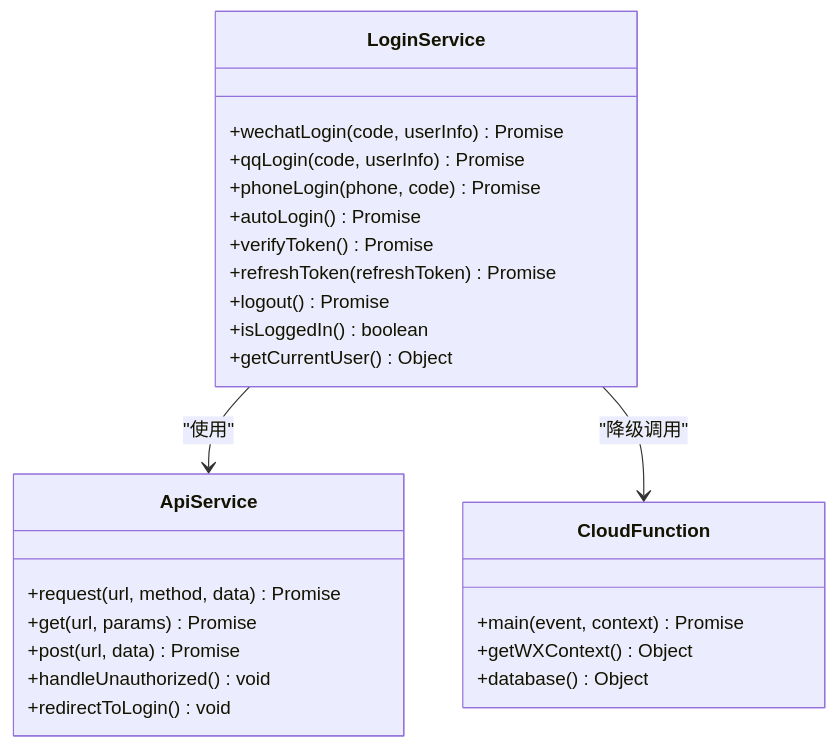
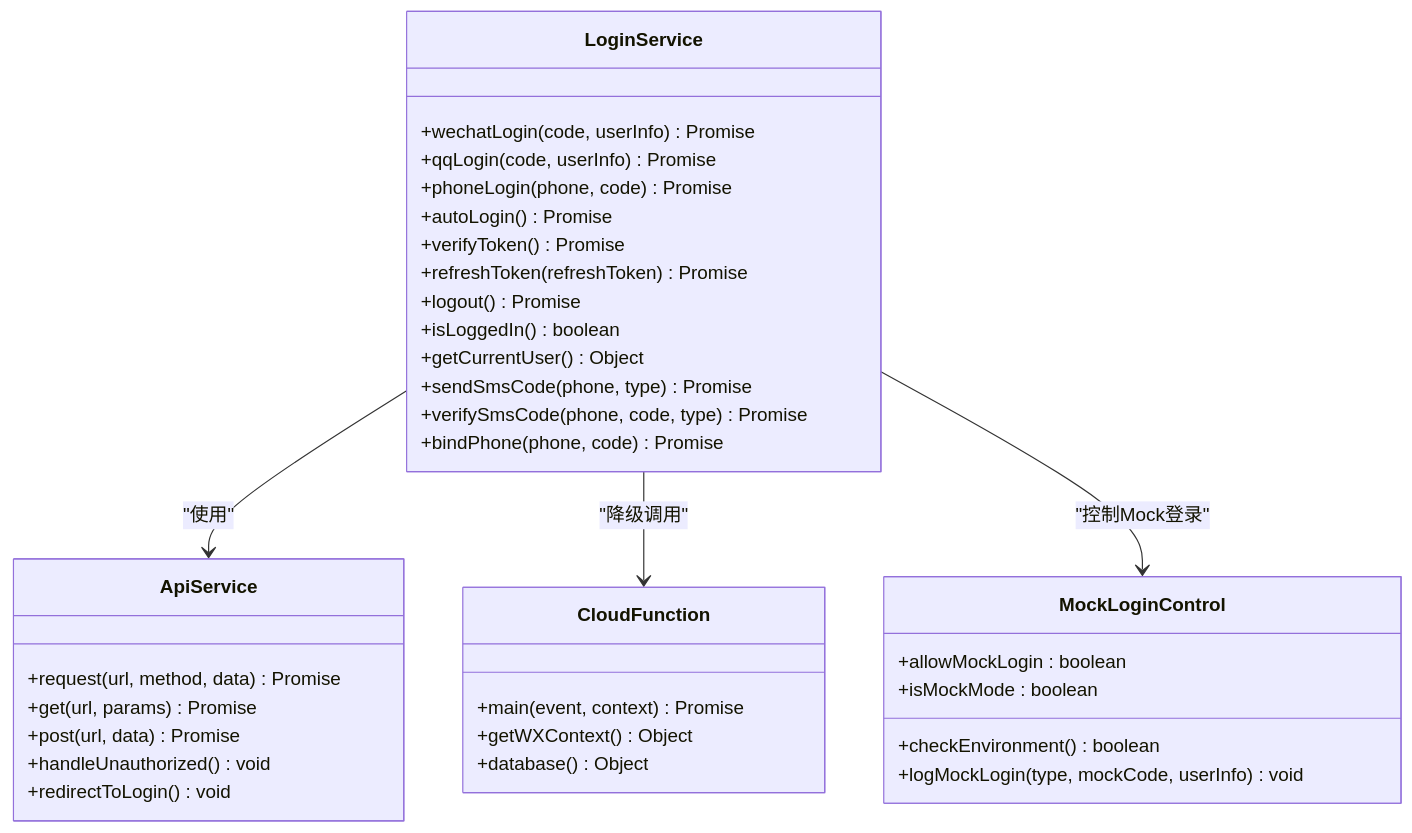
The fourth of 12 diagrams in .qoder/repowiki/zh/content/Miniprogram Authentication Flow.md (guyuefangyuanl/Over-the-counter-options), drawn with Mermaid before and after one commit. The commit also changed other lines of this file and 29 other files, not shown here.

````diff
--- a/.qoder/repowiki/zh/content/Miniprogram Authentication Flow.md
+++ b/.qoder/repowiki/zh/content/Miniprogram Authentication Flow.md
@@ -144,28 +155,38 @@
 ```mermaid
 classDiagram
 class LoginService {
 +wechatLogin(code, userInfo) Promise
 +qqLogin(code, userInfo) Promise
 +phoneLogin(phone, code) Promise
 +autoLogin() Promise
 +verifyToken() Promise
 +refreshToken(refreshToken) Promise
 +logout() Promise
 +isLoggedIn() boolean
 +getCurrentUser() Object
++sendSmsCode(phone, type) Promise
++verifySmsCode(phone, code, type) Promise
++bindPhone(phone, code) Promise
 }
 class ApiService {
 +request(url, method, data) Promise
 +get(url, params) Promise
 +post(url, data) Promise
 +handleUnauthorized() void
 +redirectToLogin() void
 }
 class CloudFunction {
 +main(event, context) Promise
 +getWXContext() Object
 +database() Object
 }
+class MockLoginControl {
++allowMockLogin : boolean
++isMockMode : boolean
++checkEnvironment() boolean
++logMockLogin(type, mockCode, userInfo) void
+}
 LoginService --> ApiService : "使用"
 LoginService --> CloudFunction : "降级调用"
+LoginService --> MockLoginControl : "控制Mock登录"
 ```
````
